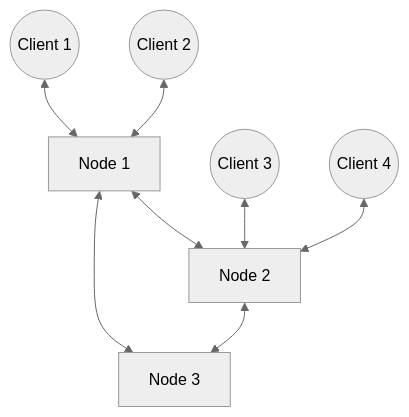
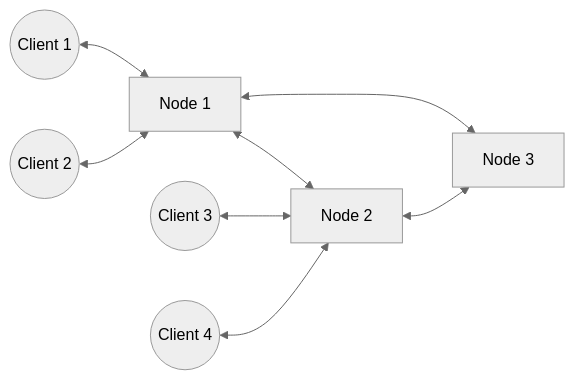
Before and after one commit to niklas-enns/message-broker: the diagram in README.md, drawn with Mermaid (neutral theme).

````diff
--- a/README.md
+++ b/README.md
@@ -11,11 +11,11 @@
 ```mermaid
-graph TB;
+graph LR;
     N1[Node 1]<-->N2[Node 2]
     N1[Node 1]<-->N3[Node 3]
     N2<-->N3
     C1((Client 1))<-->N1;
     C2((Client 2))<-->N1;
     C3((Client 3))<-->N2;
     C4((Client 4))<-->N2;
     N3[Node 3]
 ```
````
